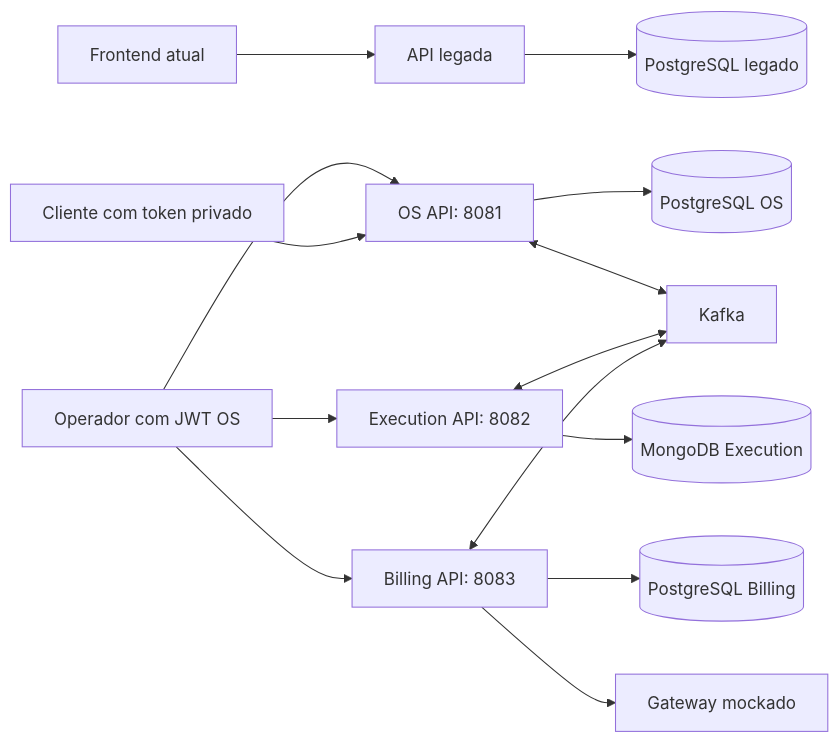
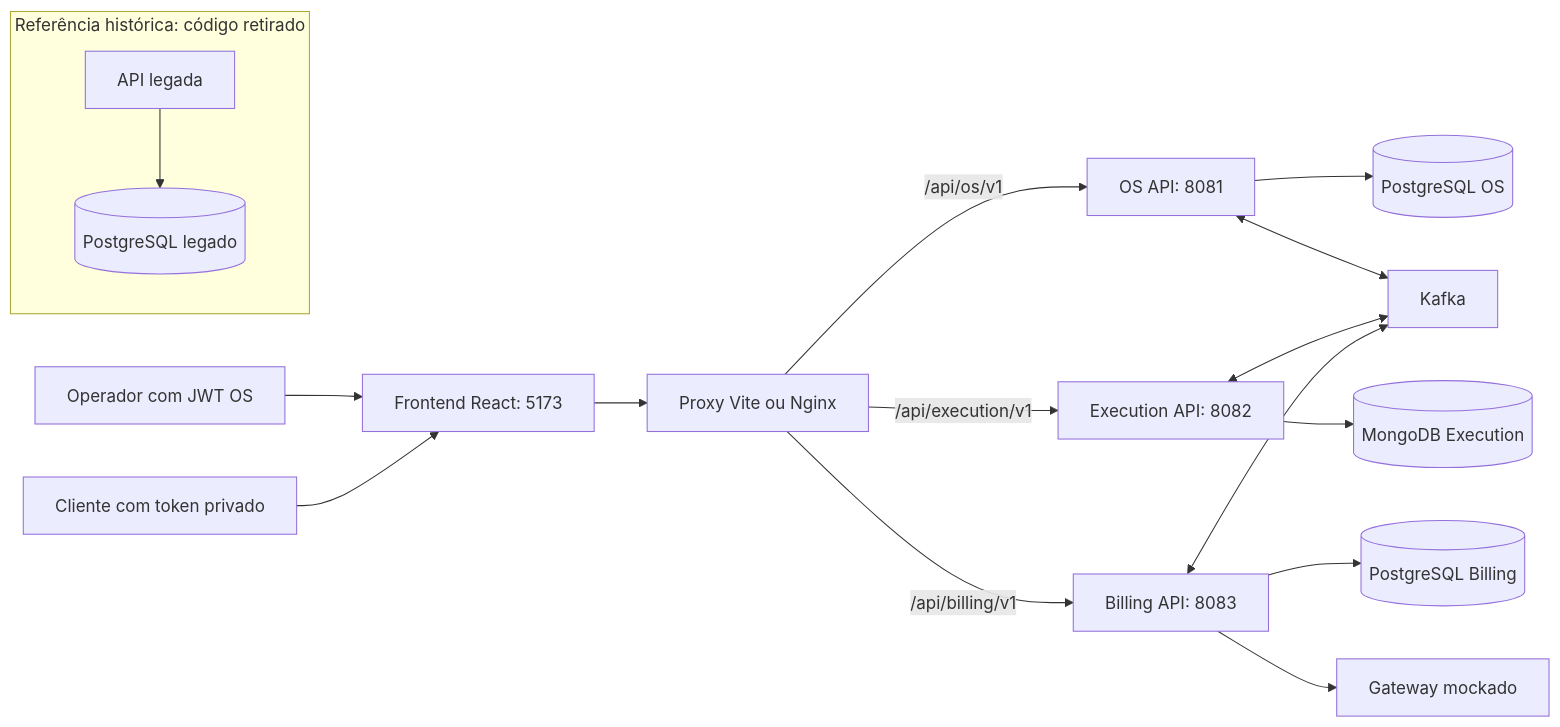
One commit to Maieru/fiap-tech-challenge changed the first of 4 diagrams in docs/arquitetura/README.md. Above: the diagram before and after it, drawn with Mermaid. The commit also changed other lines of this file and 690 other files, not shown here.

````diff
--- a/docs/arquitetura/README.md
+++ b/docs/arquitetura/README.md
@@ -14,16 +14,19 @@
 ```mermaid
 flowchart LR
-    Frontend[Frontend atual] --> Legado[API legada]
-    Legado --> DBLegado[(PostgreSQL legado)]
-    Operador[Operador com JWT OS] --> OS[OS API: 8081]
-    Operador --> Execution[Execution API: 8082]
-    Operador --> Billing[Billing API: 8083]
-    Cliente[Cliente com token privado] --> OS
+    Operador[Operador com JWT OS] --> Frontend[Frontend React: 5173]
+    Cliente[Cliente com token privado] --> Frontend
+    Frontend --> Proxy[Proxy Vite ou Nginx]
+    Proxy -->|/api/os/v1| OS[OS API: 8081]
+    Proxy -->|/api/execution/v1| Execution[Execution API: 8082]
+    Proxy -->|/api/billing/v1| Billing[Billing API: 8083]
     OS --> DBOS[(PostgreSQL OS)]
     Execution --> Mongo[(MongoDB Execution)]
     Billing --> DBBilling[(PostgreSQL Billing)]
     OS <--> Kafka
     Execution <--> Kafka
     Billing <--> Kafka
     Billing --> Mock[Gateway mockado]
+    subgraph LegadoSeparado[Referência histórica: código retirado]
+        Legado[API legada] --> DBLegado[(PostgreSQL legado)]
+    end
 ```
````
